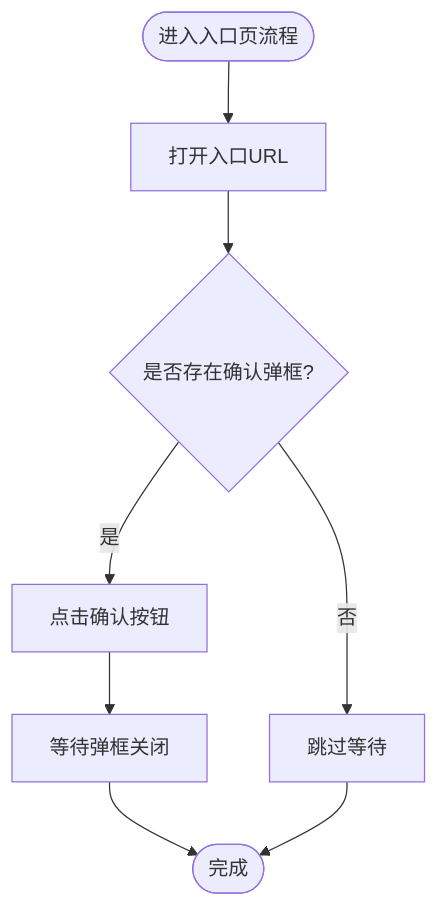
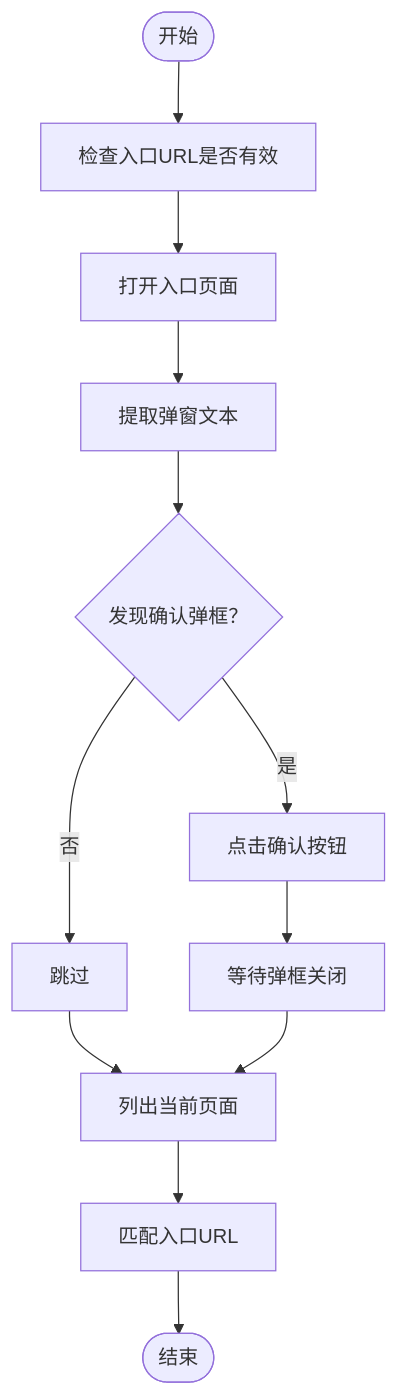
Before and after one commit to alvinwangzi/goodhr: the third of 8 diagrams in .qoder/repowiki/zh/content/本地执行器/平台适配器/Boss直聘适配器/Boss直聘适配器.md, drawn with Mermaid. The commit also changed other lines of this file and 149 other files, not shown here.

````diff
--- a/.qoder/repowiki/zh/content/本地执行器/平台适配器/Boss直聘适配器/Boss直聘适配器.md
+++ b/.qoder/repowiki/zh/content/本地执行器/平台适配器/Boss直聘适配器/Boss直聘适配器.md
@@ -148,10 +180,14 @@
 ```mermaid
 flowchart TD
-Start(["进入入口页流程"]) --> Open["打开入口URL"]
-Open --> CheckDialog{"是否存在确认弹框?"}
-CheckDialog -- 是 --> ClickConfirm["点击确认按钮"]
+Start(["开始"]) --> CheckEntry["检查入口URL是否有效"]
+CheckEntry --> OpenPage["打开入口页面"]
+OpenPage --> ExtractDialog["提取弹窗文本"]
+ExtractDialog --> HasDialog{"发现确认弹框？"}
+HasDialog --> |是| ClickConfirm["点击确认按钮"]
+HasDialog --> |否| SkipDialog["跳过"]
 ClickConfirm --> WaitClose["等待弹框关闭"]
-CheckDialog -- 否 --> SkipWait["跳过等待"]
-WaitClose --> End(["完成"])
-SkipWait --> End
+SkipDialog --> ListPages["列出当前页面"]
+WaitClose --> ListPages
+ListPages --> MatchEntry["匹配入口URL"]
+MatchEntry --> End(["结束"])
 ```
````
